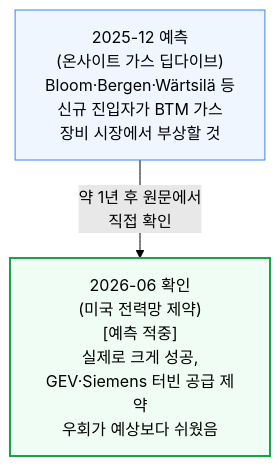
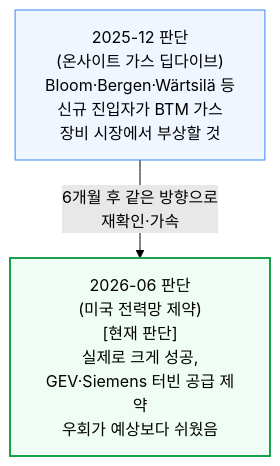
The third of 3 diagrams in 통합 리포트/[260704] 전력 통합 리포트.md (yohan4477/semi-report), drawn with Mermaid (forest theme) before and after one commit. The commit also changed other lines of this file and 4 other files, not shown here.

````diff
--- a/통합 리포트/[260704] 전력 통합 리포트.md
+++ b/통합 리포트/[260704] 전력 통합 리포트.md
@@ -53,7 +53,7 @@
 ```mermaid
 flowchart TD
-    D2025["2025-12 예측<br/>(온사이트 가스 딥다이브)<br/>Bloom·Bergen·Wärtsilä 등<br/>신규 진입자가 BTM 가스<br/>장비 시장에서 부상할 것"] -->|"약 1년 후 원문에서<br/>직접 확인"| D2026c["2026-06 확인<br/>(미국 전력망 제약)<br/>[예측 적중]<br/>실제로 크게 성공,<br/>GEV·Siemens 터빈 공급 제약<br/>우회가 예상보다 쉬웠음"]
+    D2025["2025-12 판단<br/>(온사이트 가스 딥다이브)<br/>Bloom·Bergen·Wärtsilä 등<br/>신규 진입자가 BTM 가스<br/>장비 시장에서 부상할 것"] -->|"6개월 후 같은 방향으로<br/>재확인·가속"| D2026c["2026-06 판단<br/>(미국 전력망 제약)<br/>[현재 판단]<br/>실제로 크게 성공,<br/>GEV·Siemens 터빈 공급 제약<br/>우회가 예상보다 쉬웠음"]
 
     style D2025 fill:#eff6ff,stroke:#3b82f6
     style D2026c fill:#f0fdf4,stroke:#16a34a,stroke-width:2px
 ```
````
